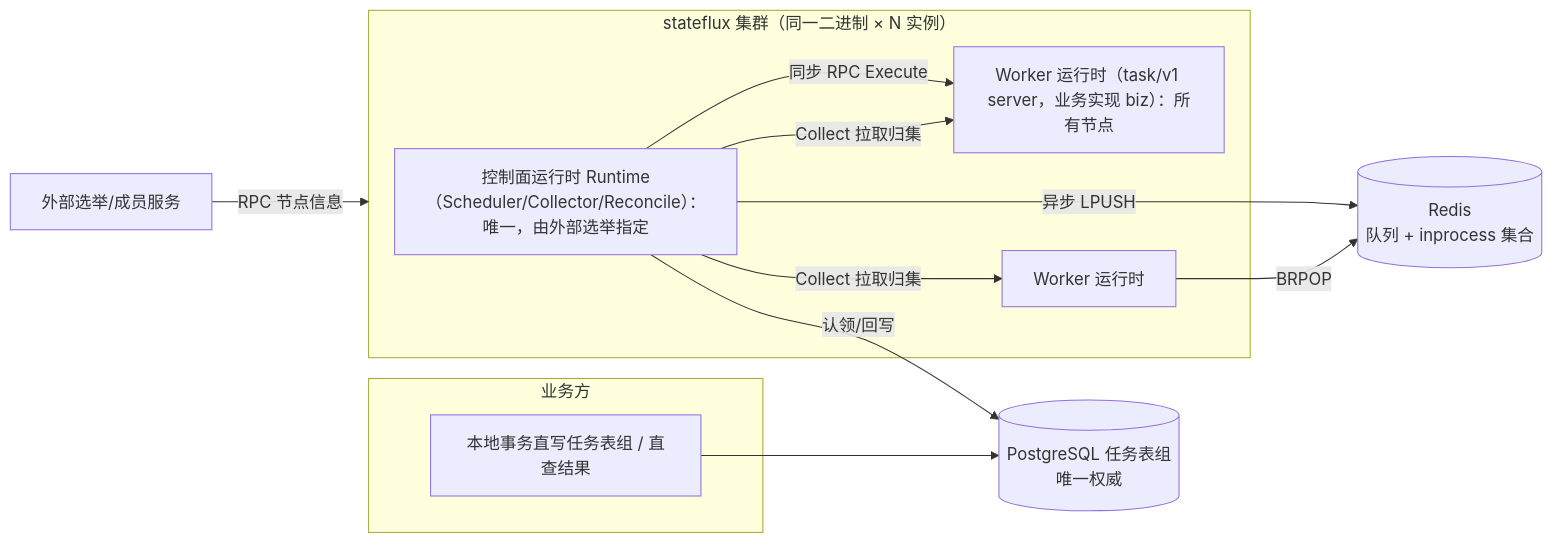
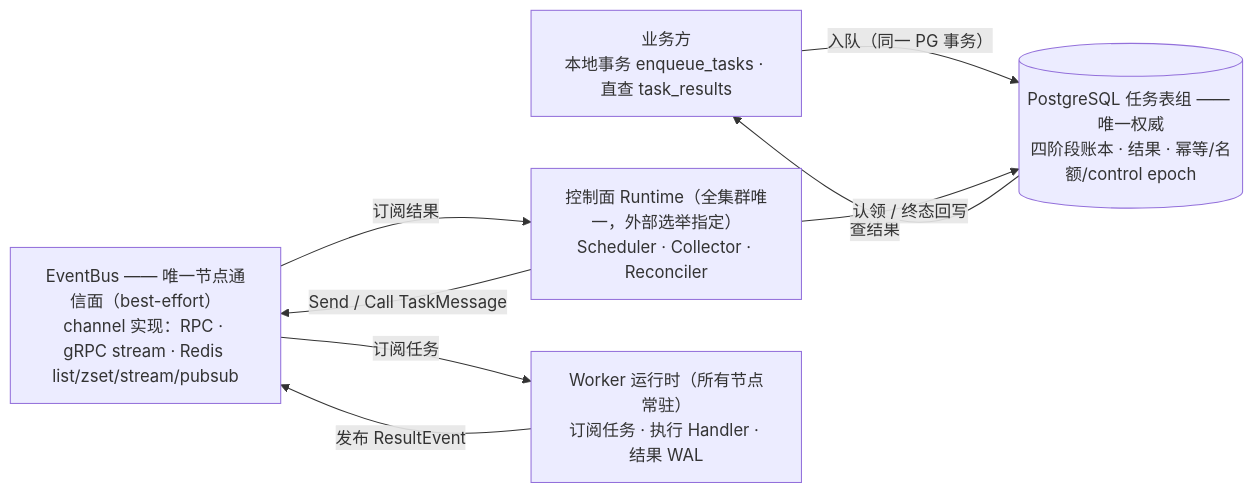
The diagram in .docs/design/01-principles.md (improvtrace/stateflux), drawn with Mermaid before and after one commit. The commit also changed other lines of this file and 35 other files, not shown here.

````diff
--- a/.docs/design/01-principles.md
+++ b/.docs/design/01-principles.md
@@ -56,24 +56,16 @@
 ```mermaid
 flowchart LR
-    subgraph Client["业务方"]
-        C[本地事务直写任务表组 / 直查结果]
-    end
+    C["业务方<br/>本地事务 enqueue_tasks · 直查 task_results"]
+    PG[("PostgreSQL 任务表组 —— 唯一权威<br/>四阶段账本 · 结果 · 幂等/名额/control epoch")]
+    EB["EventBus —— 唯一节点通信面（best-effort）<br/>channel 实现：RPC · gRPC stream · Redis list/zset/stream/pubsub"]
+    S["控制面 Runtime（全集群唯一，外部选举指定）<br/>Scheduler · Collector · Reconciler"]
+    W["Worker 运行时（所有节点常驻）<br/>订阅任务 · 执行 Handler · 结果 WAL"]
 
-    subgraph Cluster["stateflux 集群（同一二进制 × N 实例）"]
-        S[控制面运行时 Runtime（Scheduler/Collector/Reconcile）：唯一，由外部选举指定]
-        W1[Worker 运行时（task/v1 server，业务实现 biz）：所有节点]
-        W2[Worker 运行时]
-    end
-
-    EXT[外部选举/成员服务] -->|RPC 节点信息| Cluster
-    PG[(PostgreSQL 任务表组<br/>唯一权威)]
-    RD[(Redis<br/>队列 + inprocess 集合)]
-
-    C --> PG
-    S -->|认领/回写| PG
-    S -->|同步 RPC Execute| W1
-    S -->|异步 LPUSH| RD
-    W2 -->|BRPOP| RD
-    S -->|Collect 拉取归集| W1
-    S -->|Collect 拉取归集| W2
+    C -->|"入队（同一 PG 事务）"| PG
+    PG -->|"查结果"| C
+    S -->|"认领 / 终态回写"| PG
+    S -->|"Send / Call TaskMessage"| EB
+    EB -->|"订阅任务"| W
+    W -->|"发布 ResultEvent"| EB
+    EB -->|"订阅结果"| S
 ```
````
